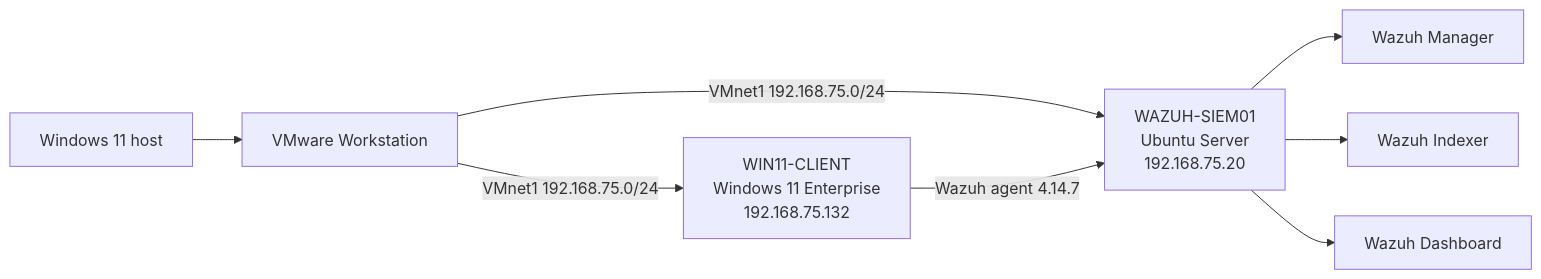
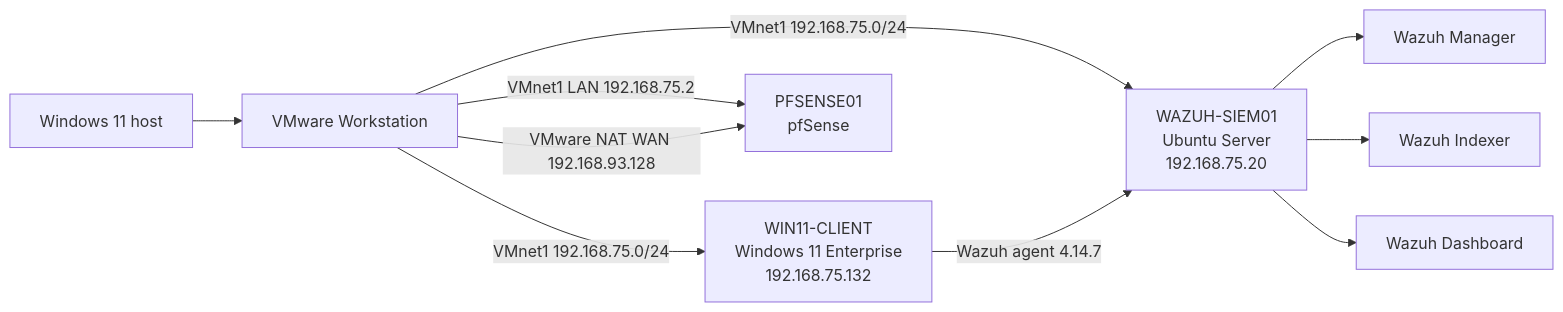
The diagram in README.md (Eliran1991-sudo/SOC-Lab-Portfolio), drawn with Mermaid before and after one commit. The commit also changed other lines of this file and 2 other files, not shown here.

Commit message:
Document PFSENSE01 validation

````diff
--- a/README.md
+++ b/README.md
@@ -40,10 +40,12 @@
 ```mermaid
 flowchart LR
     H[Windows 11 host] --> V[VMware Workstation]
     V -->|VMnet1 192.168.75.0/24| W[WAZUH-SIEM01\nUbuntu Server\n192.168.75.20]
     V -->|VMnet1 192.168.75.0/24| C[WIN11-CLIENT\nWindows 11 Enterprise\n192.168.75.132]
+    V -->|VMnet1 LAN 192.168.75.2| P[PFSENSE01\npfSense]
+    V -->|VMware NAT WAN 192.168.93.128| P
     C -->|Wazuh agent 4.14.7| W
     W --> M[Wazuh Manager]
     W --> I[Wazuh Indexer]
     W --> D[Wazuh Dashboard]
 ```
````
